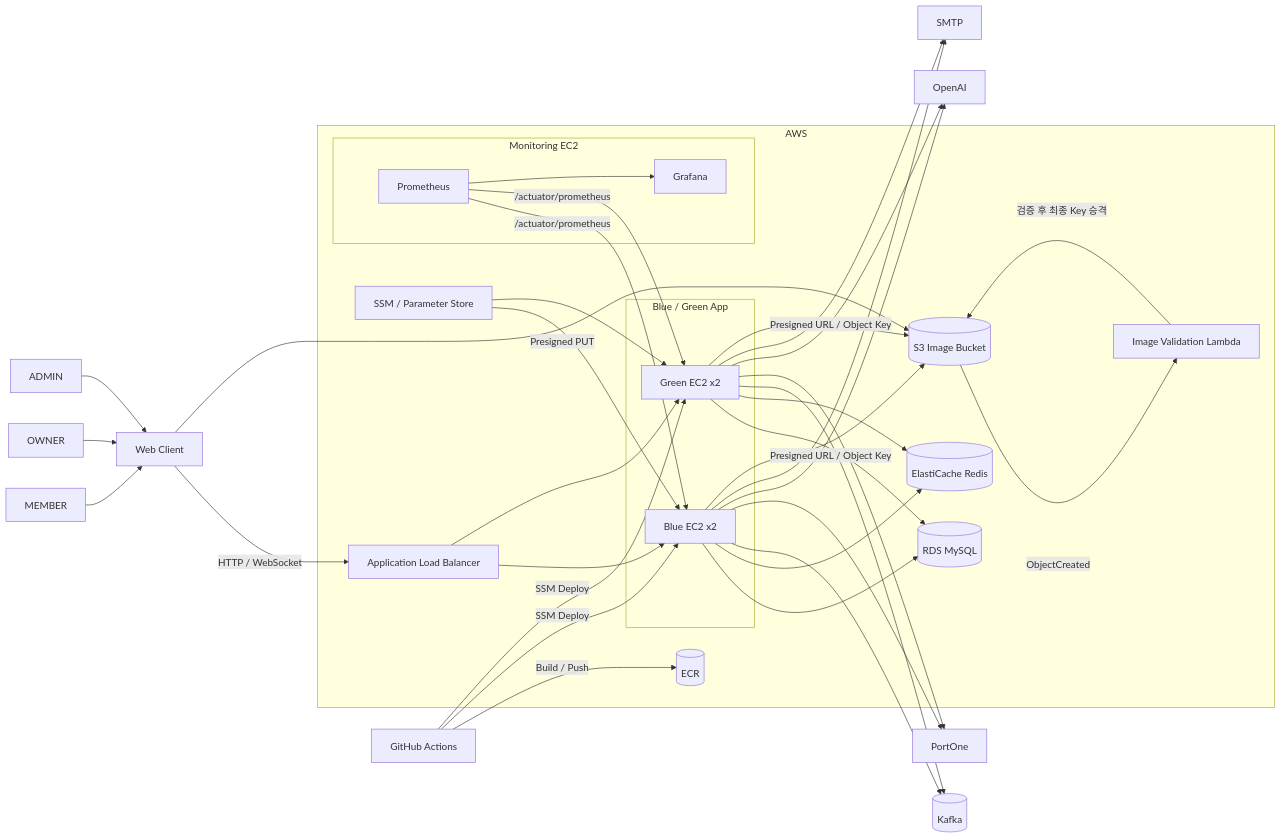
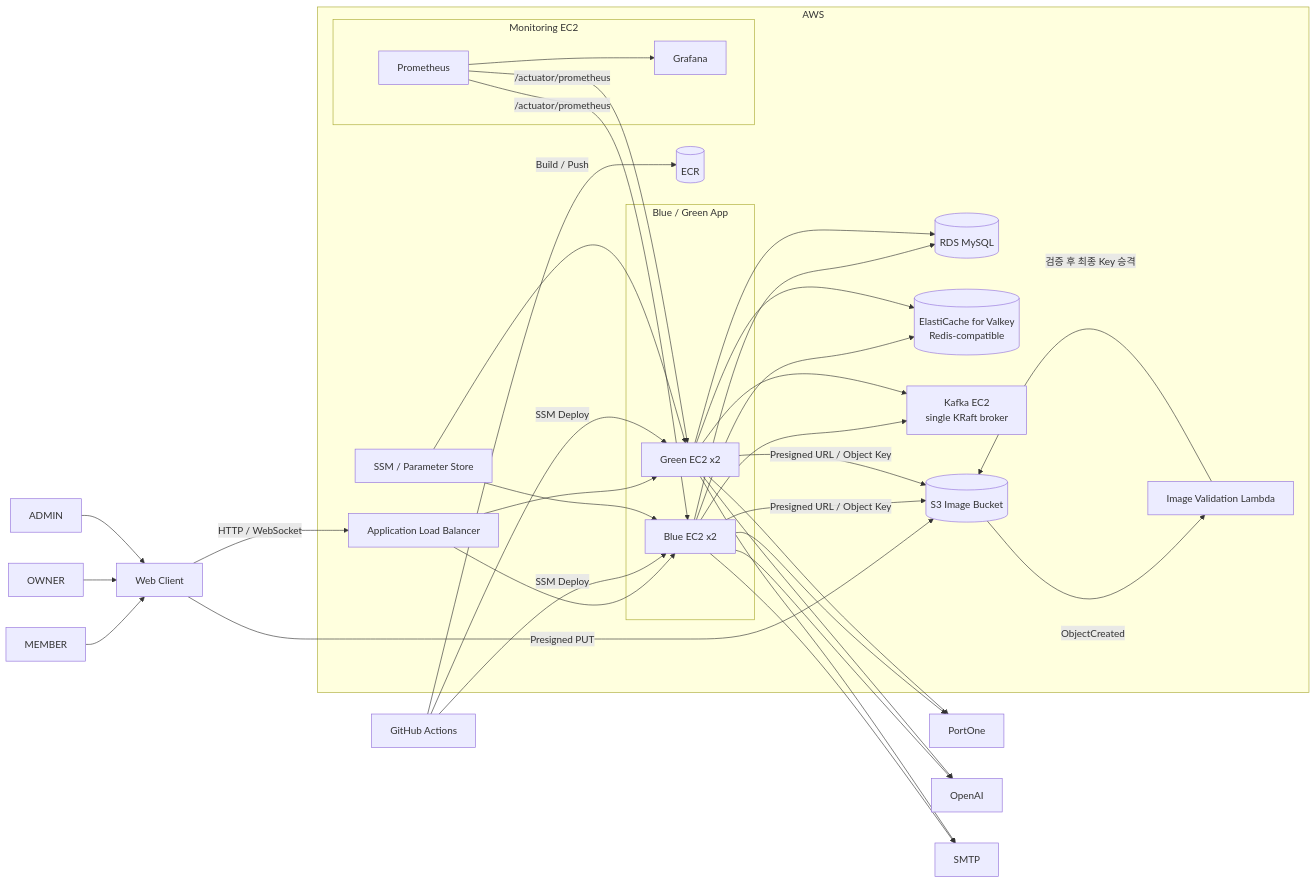
One commit to bobfull-project/bobfull-docs changed the diagram in architecture/system-architecture.md. Above: the diagram before and after it, drawn with Mermaid. The commit also changed other lines of this file, not shown here.

Commit message:
docs: align architecture with final infrastructure

````diff
--- a/architecture/system-architecture.md
+++ b/architecture/system-architecture.md
@@ -5,72 +5,72 @@
 ```mermaid
 flowchart LR
     MEMBER[MEMBER]
     OWNER[OWNER]
     ADMIN[ADMIN]
     CLIENT[Web Client]
 
     MEMBER --> CLIENT
     OWNER --> CLIENT
     ADMIN --> CLIENT
 
     subgraph AWS[AWS]
         ALB[Application Load Balancer]
 
         subgraph BG[Blue / Green App]
             BLUE[Blue EC2 x2]
             GREEN[Green EC2 x2]
         end
 
         RDS[(RDS MySQL)]
-        REDIS[(ElastiCache Redis)]
+        REDIS[(ElastiCache for Valkey<br/>Redis-compatible)]
+        KAFKA[Kafka EC2<br/>single KRaft broker]
         S3[(S3 Image Bucket)]
         LAMBDA[Image Validation Lambda]
         ECR[(ECR)]
         SSM[SSM / Parameter Store]
 
         subgraph MON[Monitoring EC2]
             PROM[Prometheus]
             GRAFANA[Grafana]
         end
     end
 
-    KAFKA[(Kafka)]
     PORTONE[PortOne]
     OPENAI[OpenAI]
     SMTP[SMTP]
     GITHUB[GitHub Actions]
 
     CLIENT -->|HTTP / WebSocket| ALB
     ALB --> BLUE
     ALB --> GREEN
 
     BLUE --> RDS
     GREEN --> RDS
     BLUE --> REDIS
     GREEN --> REDIS
     BLUE --> KAFKA
     GREEN --> KAFKA
 
     BLUE --> PORTONE
     GREEN --> PORTONE
     BLUE --> OPENAI
     GREEN --> OPENAI
     BLUE --> SMTP
     GREEN --> SMTP
 
     CLIENT -->|Presigned PUT| S3
     BLUE -->|Presigned URL / Object Key| S3
     GREEN -->|Presigned URL / Object Key| S3
     S3 -->|ObjectCreated| LAMBDA
     LAMBDA -->|검증 후 최종 Key 승격| S3
 
     PROM -->|/actuator/prometheus| BLUE
     PROM -->|/actuator/prometheus| GREEN
     PROM --> GRAFANA
 
     GITHUB -->|Build / Push| ECR
     GITHUB -->|SSM Deploy| BLUE
     GITHUB -->|SSM Deploy| GREEN
     SSM --> BLUE
     SSM --> GREEN
 ```
````
